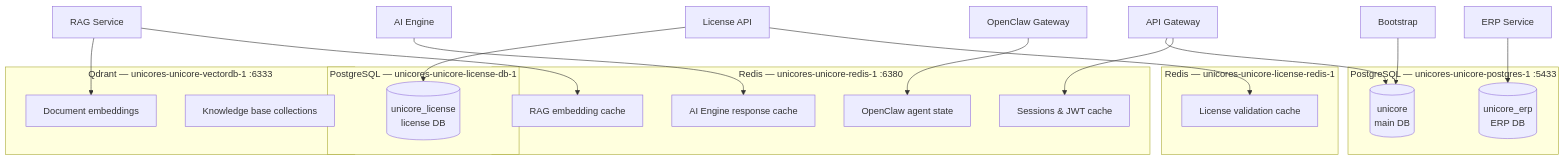
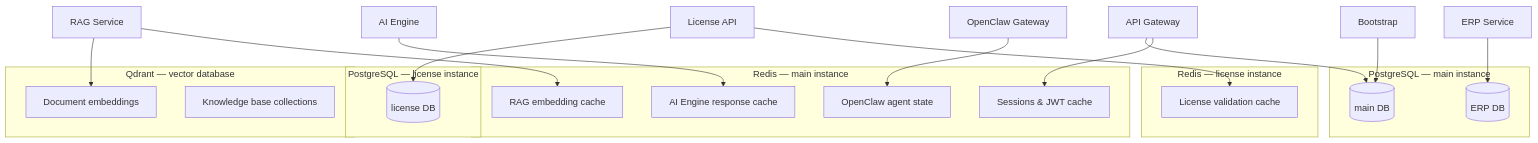
One commit to bemindlabs/unicore-ecosystem-docs changed the diagram in architecture/databases.md. Above: the diagram before and after it, drawn with Mermaid.

Commit message:
auto: update 1 file(s) in unicore-ecosystem-docs

````diff
--- a/architecture/databases.md
+++ b/architecture/databases.md
@@ -7,38 +7,38 @@
 ```mermaid
 graph TD
-  subgraph postgres [PostgreSQL — unicores-unicore-postgres-1 :5433]
-    DB1[(unicore<br/>main DB)]
-    DB2[(unicore_erp<br/>ERP DB)]
+  subgraph postgres [PostgreSQL — main instance]
+    DB1[(main DB)]
+    DB2[(ERP DB)]
   end
 
-  subgraph licensePostgres [PostgreSQL — unicores-unicore-license-db-1]
-    DB3[(unicore_license<br/>license DB)]
+  subgraph licensePostgres [PostgreSQL — license instance]
+    DB3[(license DB)]
   end
 
-  subgraph redis [Redis — unicores-unicore-redis-1 :6380]
+  subgraph redis [Redis — main instance]
     R1[Sessions & JWT cache]
     R2[AI Engine response cache]
     R3[OpenClaw agent state]
     R4[RAG embedding cache]
   end
 
-  subgraph licenseRedis [Redis — unicores-unicore-license-redis-1]
+  subgraph licenseRedis [Redis — license instance]
     R5[License validation cache]
   end
 
-  subgraph qdrant [Qdrant — unicores-unicore-vectordb-1 :6333]
+  subgraph qdrant [Qdrant — vector database]
     Q1[Document embeddings]
     Q2[Knowledge base collections]
   end
 
   GW[API Gateway] --> DB1
   BS[Bootstrap] --> DB1
   ERP[ERP Service] --> DB2
   LIC[License API] --> DB3
   LIC --> R5
   GW --> R1
   AI[AI Engine] --> R2
   OC[OpenClaw Gateway] --> R3
   RAG[RAG Service] --> Q1
   RAG --> R4
 ```
````
